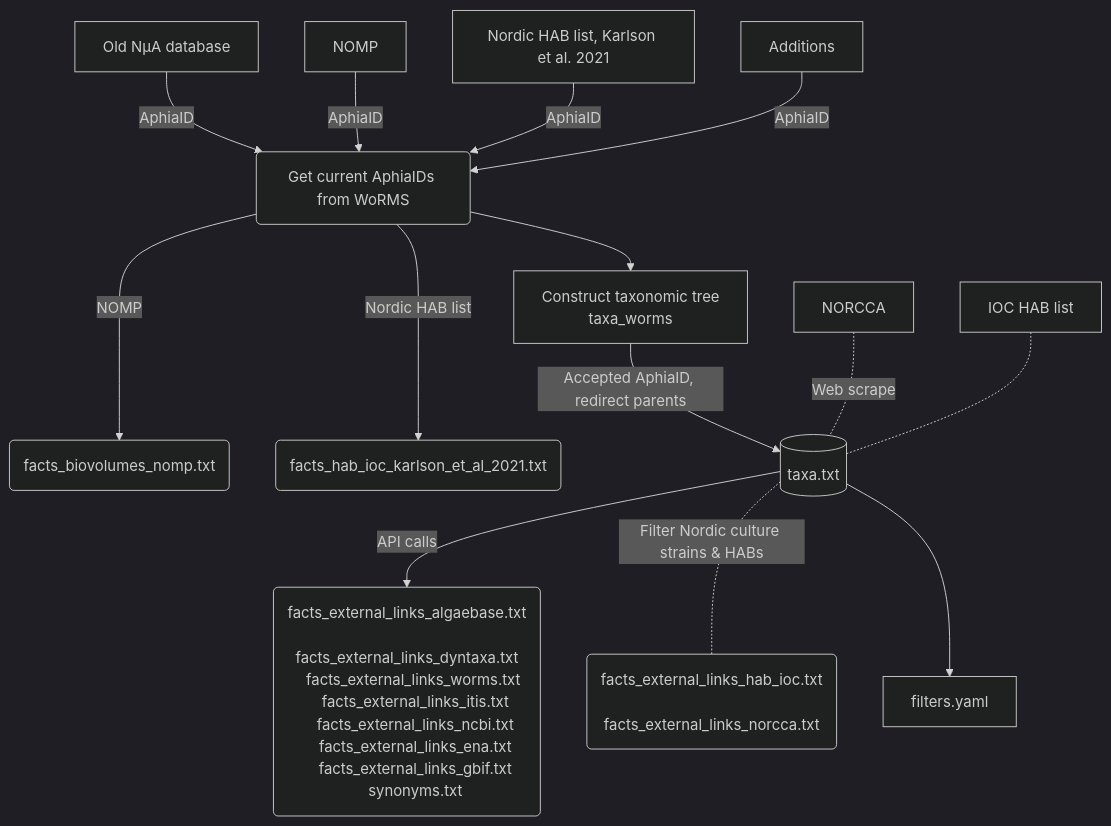
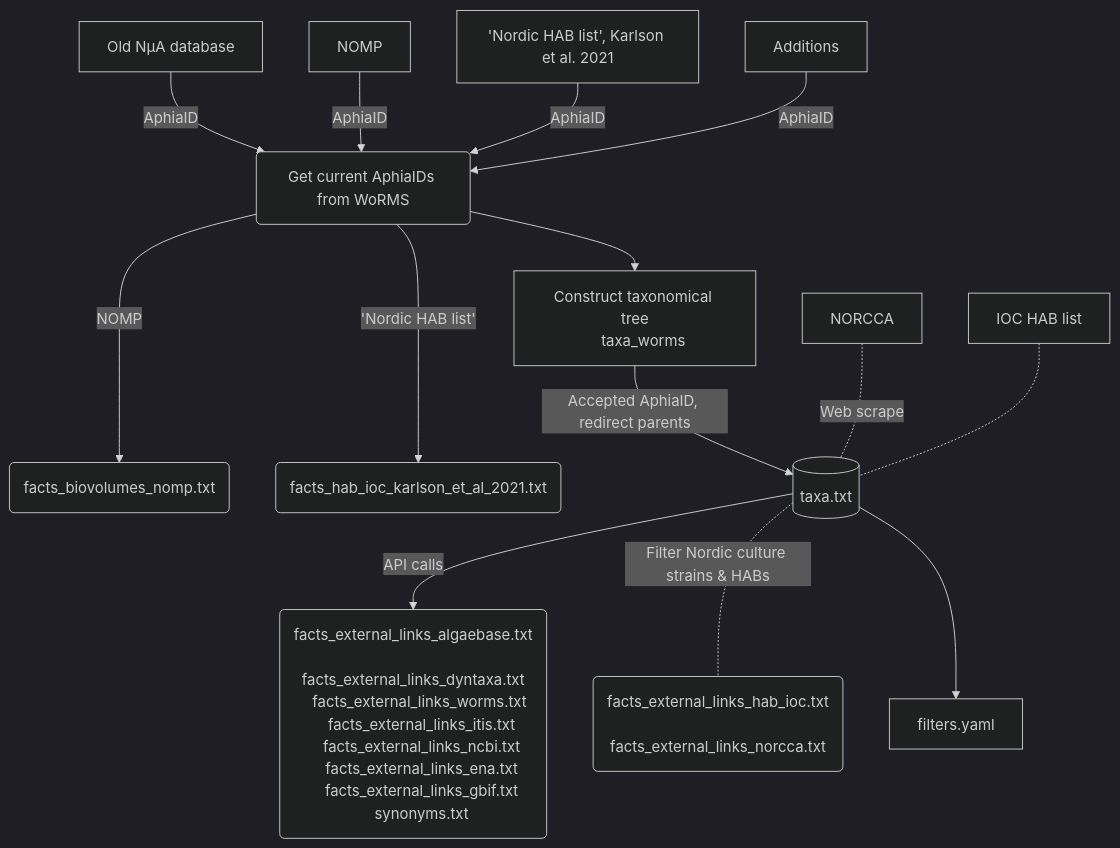
One commit to nordicmicroalgae/pipeline changed the diagram in README.md. Above: the diagram before and after it, drawn with Mermaid (dark theme). The commit also changed other lines of this file, not shown here.

````diff
--- a/README.md
+++ b/README.md
@@ -39,24 +39,24 @@
 ```mermaid
 flowchart TD
     A[Old NµA database] -->|AphiaID| E(Get current AphiaIDs from WoRMS)
     B[NOMP] -->|AphiaID| E(Get current AphiaIDs from WoRMS)
-    C[Nordic HAB list, Karlson et al. 2021] -->|AphiaID| E(Get current AphiaIDs from WoRMS)
+    C['Nordic HAB list', Karlson et al. 2021] -->|AphiaID| E(Get current AphiaIDs from WoRMS)
     D[Additions] -->|AphiaID| E(Get current AphiaIDs from WoRMS)
-    E --> F[Construct taxonomic tree
+    E --> F[Construct taxonomical tree
     taxa_worms]
     E --->|NOMP| G(facts_biovolumes_nomp.txt)
-    E --->|Nordic HAB list| Q(facts_hab_ioc_karlson_et_al_2021.txt)
+    E --->|'Nordic HAB list'| Q(facts_hab_ioc_karlson_et_al_2021.txt)
     F --> |Accepted AphiaID, redirect parents|H[(taxa.txt)]
     H --> |API calls| K(facts_external_links_algaebase.txt
     facts_external_links_dyntaxa.txt
     facts_external_links_worms.txt 
     facts_external_links_itis.txt
     facts_external_links_ncbi.txt
     facts_external_links_ena.txt
     facts_external_links_gbif.txt
     synonyms.txt )
     I[NORCCA] -.-|Web scrape| H -.-|Filter Nordic culture strains & HABs|J(facts_external_links_hab_ioc.txt
     facts_external_links_norcca.txt)
     L[IOC HAB list] -.- H
     H --> M[filters.yaml]
 ```
````
